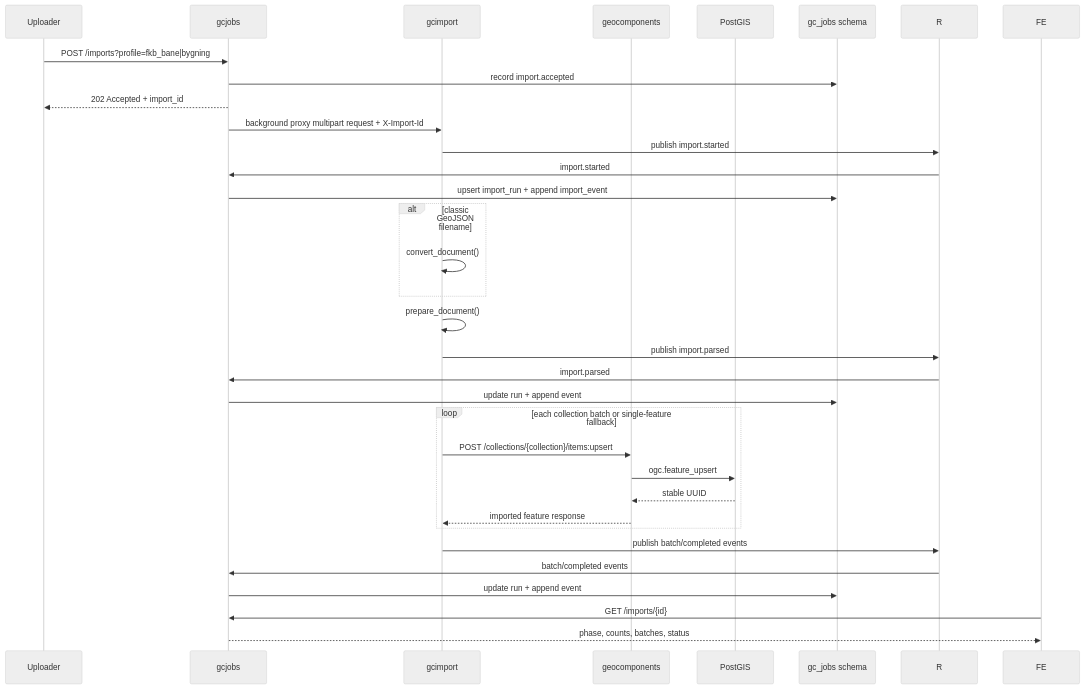
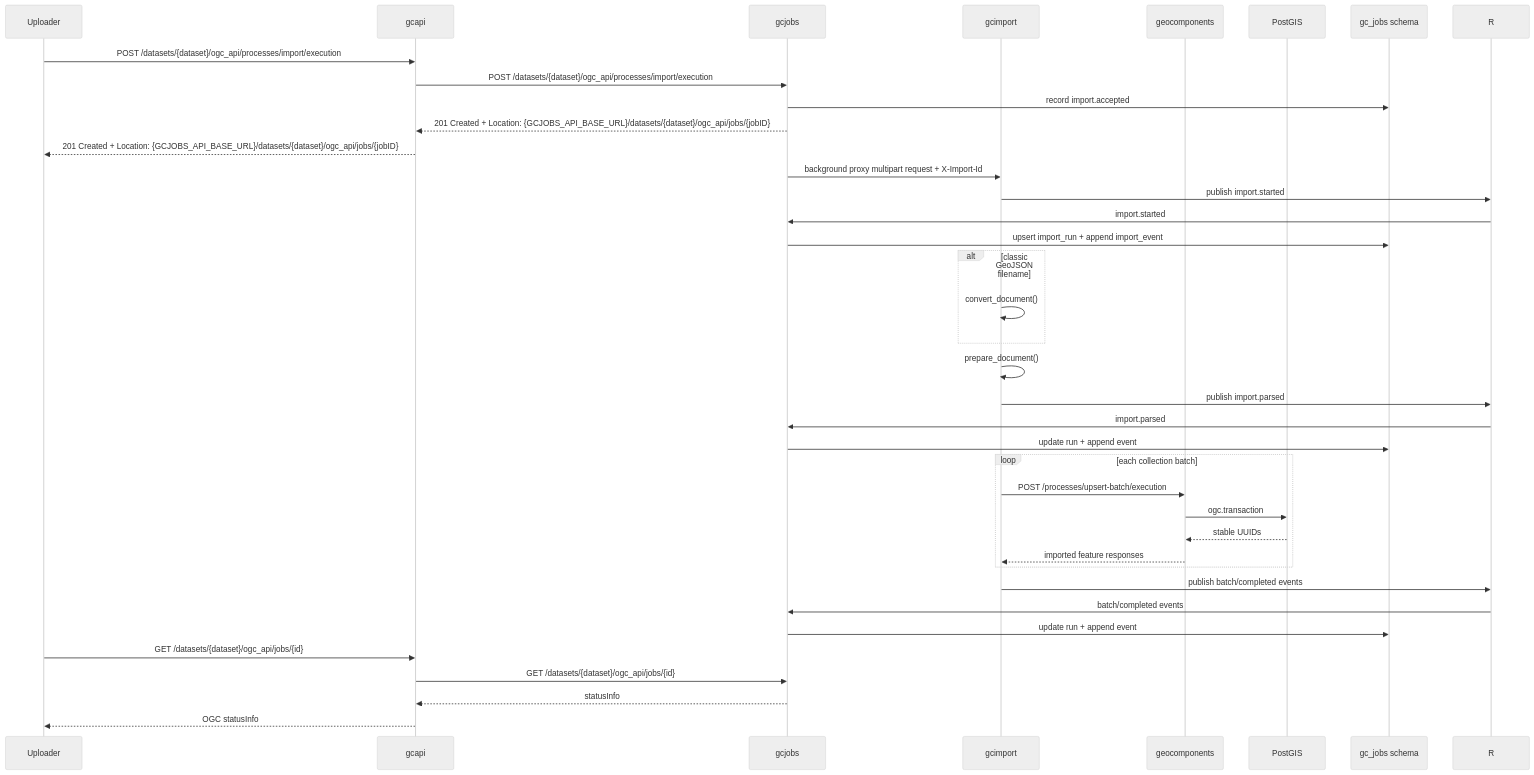
The seventh of 10 diagrams in docs/ARCHITECTURE.md (kartverket/topografisk-gdb-api), drawn with Mermaid (neutral theme) before and after one commit. The commit also changed other lines of this file and 63 other files, not shown here.

First line of the commit message:
canonical OGC API facade (#87)

````diff
--- a/docs/ARCHITECTURE.md
+++ b/docs/ARCHITECTURE.md
@@ -282,35 +289,40 @@
 ```mermaid
 sequenceDiagram
   participant U as Uploader
+  participant A as gcapi
   participant J as gcjobs
   participant I as gcimport
   participant G as geocomponents
   participant DB as PostGIS
   participant JDB as gc_jobs schema
 
-  U->>J: POST /imports?profile=fkb_bane|bygning
+  U->>A: POST /datasets/{dataset}/ogc_api/processes/import/execution
+  A->>J: POST /datasets/{dataset}/ogc_api/processes/import/execution
   J->>JDB: record import.accepted
-  J-->>U: 202 Accepted + import_id
+  J-->>A: 201 Created + Location: {GCJOBS_API_BASE_URL}/datasets/{dataset}/ogc_api/jobs/{jobID}
+  A-->>U: 201 Created + Location: {GCJOBS_API_BASE_URL}/datasets/{dataset}/ogc_api/jobs/{jobID}
   J->>I: background proxy multipart request + X-Import-Id
   I->>R: publish import.started
   R->>J: import.started
   J->>JDB: upsert import_run + append import_event
   alt classic GeoJSON filename
     I->>I: convert_document()
   end
   I->>I: prepare_document()
   I->>R: publish import.parsed
   R->>J: import.parsed
   J->>JDB: update run + append event
-  loop each collection batch or single-feature fallback
-    I->>G: POST /collections/{collection}/items:upsert
-    G->>DB: ogc.feature_upsert
-    DB-->>G: stable UUID
-    G-->>I: imported feature response
+  loop each collection batch
+    I->>G: POST /processes/upsert-batch/execution
+    G->>DB: ogc.transaction
+    DB-->>G: stable UUIDs
+    G-->>I: imported feature responses
   end
   I->>R: publish batch/completed events
   R->>J: batch/completed events
   J->>JDB: update run + append event
-  FE->>J: GET /imports/{id}
-  J-->>FE: phase, counts, batches, status
+  U->>A: GET /datasets/{dataset}/ogc_api/jobs/{id}
+  A->>J: GET /datasets/{dataset}/ogc_api/jobs/{id}
+  J-->>A: statusInfo
+  A-->>U: OGC statusInfo
 ```
````
